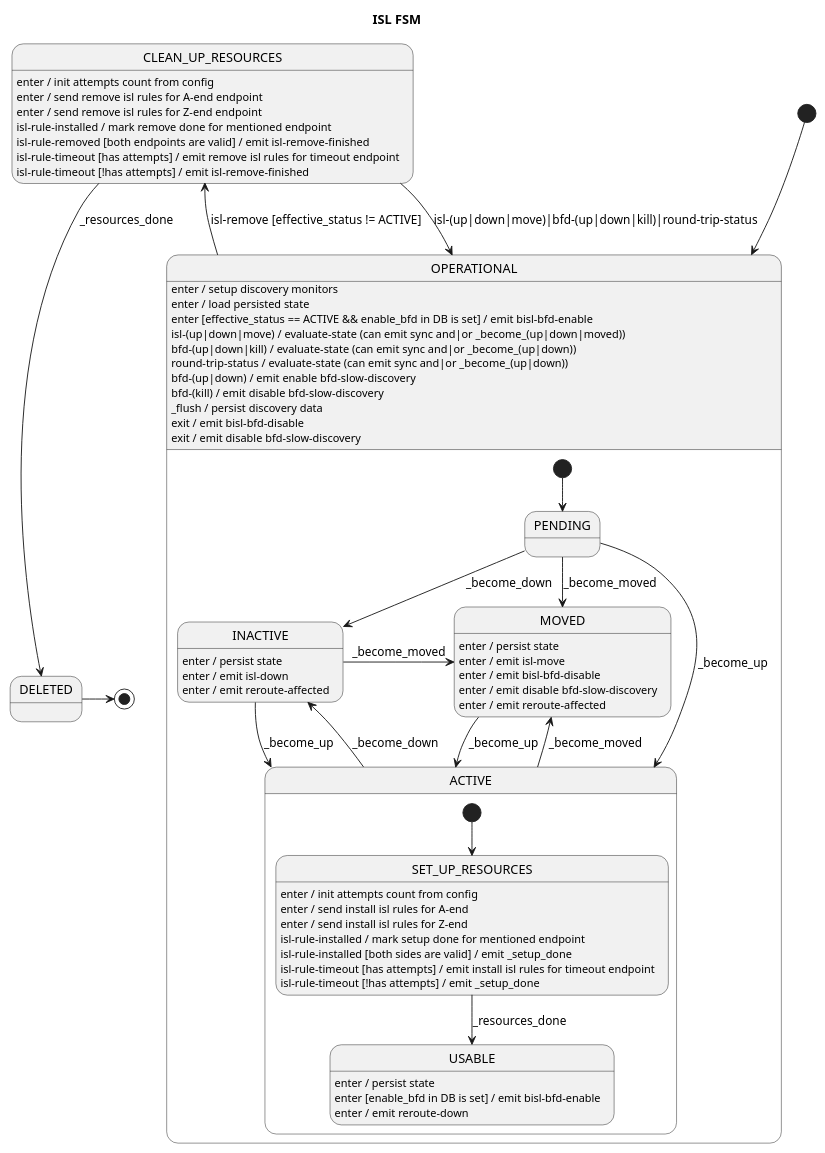
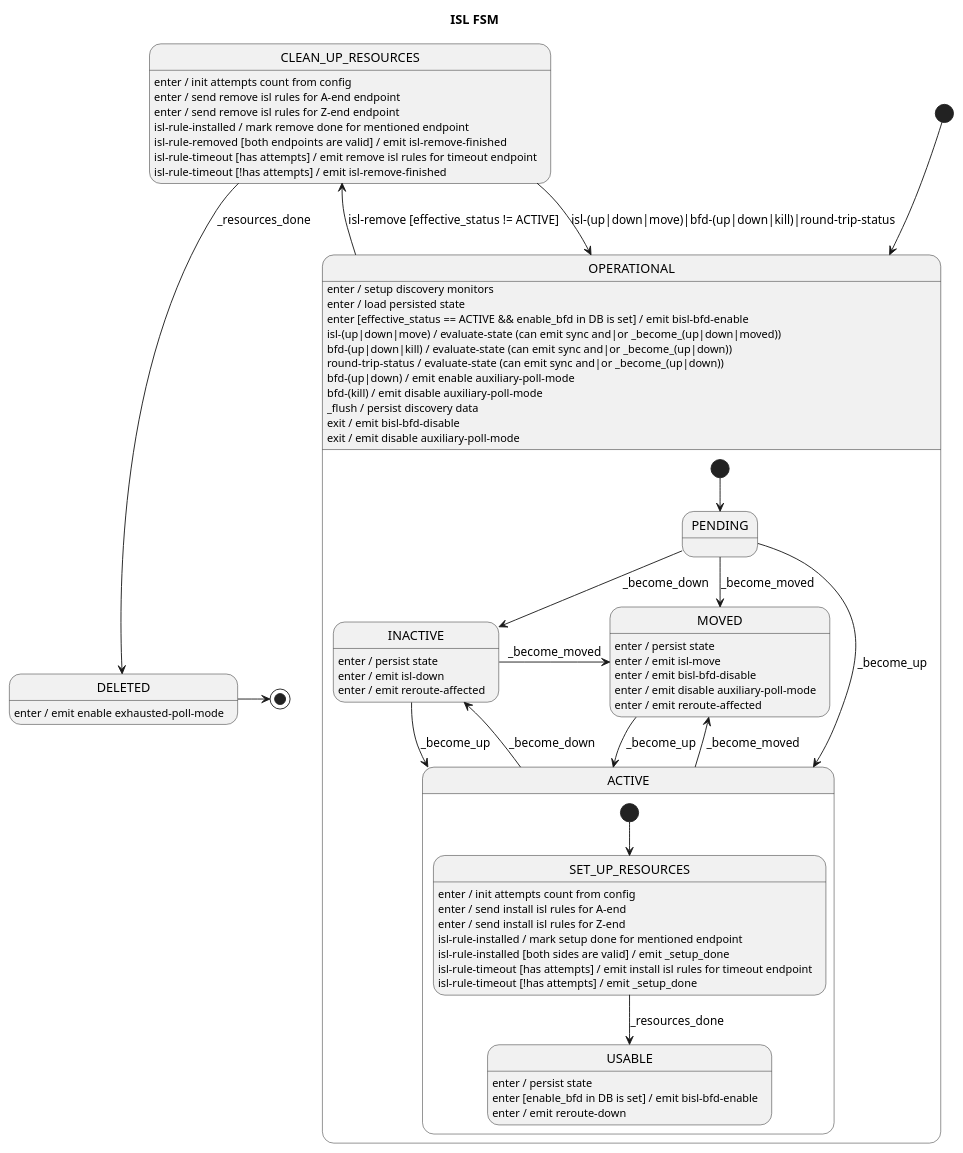
One commit to telstra/open-kilda changed the diagram in docs/design/network-discovery/ISL-FSM.puml. Above: the diagram before and after it, drawn with PlantUML. The commit also changed 7 other files, not shown here.

```diff
--- a/docs/design/network-discovery/ISL-FSM.puml
+++ b/docs/design/network-discovery/ISL-FSM.puml
@@ -27,69 +27,70 @@
 @startuml
 title ISL FSM
 
 [*] --> OPERATIONAL
 
 state OPERATIONAL {
     [*] --> PENDING
 
     PENDING --> ACTIVE : _become_up
     PENDING --> INACTIVE : _become_down
     PENDING --> MOVED : _become_moved
 
     state ACTIVE {
         [*] --> SET_UP_RESOURCES
 
         SET_UP_RESOURCES --> USABLE : _resources_done
         SET_UP_RESOURCES : enter / init attempts count from config
         SET_UP_RESOURCES : enter / send install isl rules for A-end
         SET_UP_RESOURCES : enter / send install isl rules for Z-end
         SET_UP_RESOURCES : isl-rule-installed / mark setup done for mentioned endpoint
         SET_UP_RESOURCES : isl-rule-installed [both sides are valid] / emit _setup_done
         SET_UP_RESOURCES : isl-rule-timeout [has attempts] / emit install isl rules for timeout endpoint
         SET_UP_RESOURCES : isl-rule-timeout [!has attempts] / emit _setup_done
 
         USABLE : enter / persist state
         USABLE : enter [enable_bfd in DB is set] / emit bisl-bfd-enable
         USABLE : enter / emit reroute-down
     }
     ACTIVE --> INACTIVE : _become_down
     ACTIVE --> MOVED : _become_moved
 
     INACTIVE --> ACTIVE : _become_up
     INACTIVE -r-> MOVED : _become_moved
     INACTIVE : enter / persist state
     INACTIVE : enter / emit isl-down
     INACTIVE : enter / emit reroute-affected
 
     MOVED --> ACTIVE : _become_up
     MOVED : enter / persist state
     MOVED : enter / emit isl-move
     MOVED : enter / emit bisl-bfd-disable
-    MOVED : enter / emit disable bfd-slow-discovery
+    MOVED : enter / emit disable auxiliary-poll-mode
     MOVED : enter / emit reroute-affected
 }
 OPERATIONAL --> CLEAN_UP_RESOURCES : isl-remove [effective_status != ACTIVE]
 OPERATIONAL : enter / setup discovery monitors
 OPERATIONAL : enter / load persisted state
 OPERATIONAL : enter [effective_status == ACTIVE && enable_bfd in DB is set] / emit bisl-bfd-enable
 OPERATIONAL : isl-(up|down|move) / evaluate-state (can emit sync and|or _become_(up|down|moved))
 OPERATIONAL : bfd-(up|down|kill) / evaluate-state (can emit sync and|or _become_(up|down))
 OPERATIONAL : round-trip-status / evaluate-state (can emit sync and|or _become_(up|down))
-OPERATIONAL : bfd-(up|down) / emit enable bfd-slow-discovery
-OPERATIONAL : bfd-(kill) / emit disable bfd-slow-discovery
+OPERATIONAL : bfd-(up|down) / emit enable auxiliary-poll-mode
+OPERATIONAL : bfd-(kill) / emit disable auxiliary-poll-mode
 OPERATIONAL : _flush / persist discovery data
 OPERATIONAL : exit / emit bisl-bfd-disable
-OPERATIONAL : exit / emit disable bfd-slow-discovery
+OPERATIONAL : exit / emit disable auxiliary-poll-mode
 
 CLEAN_UP_RESOURCES : enter / init attempts count from config
 CLEAN_UP_RESOURCES : enter / send remove isl rules for A-end endpoint
 CLEAN_UP_RESOURCES : enter / send remove isl rules for Z-end endpoint
 CLEAN_UP_RESOURCES : isl-rule-installed / mark remove done for mentioned endpoint
 CLEAN_UP_RESOURCES : isl-rule-removed [both endpoints are valid] / emit isl-remove-finished
 CLEAN_UP_RESOURCES : isl-rule-timeout [has attempts] / emit remove isl rules for timeout endpoint
 CLEAN_UP_RESOURCES : isl-rule-timeout [!has attempts] / emit isl-remove-finished
 CLEAN_UP_RESOURCES --> DELETED : _resources_done
 CLEAN_UP_RESOURCES --> OPERATIONAL : isl-(up|down|move)|bfd-(up|down|kill)|round-trip-status
 
 DELETED -> [*]
+DELETED : enter / emit enable exhausted-poll-mode
 @enduml
```
